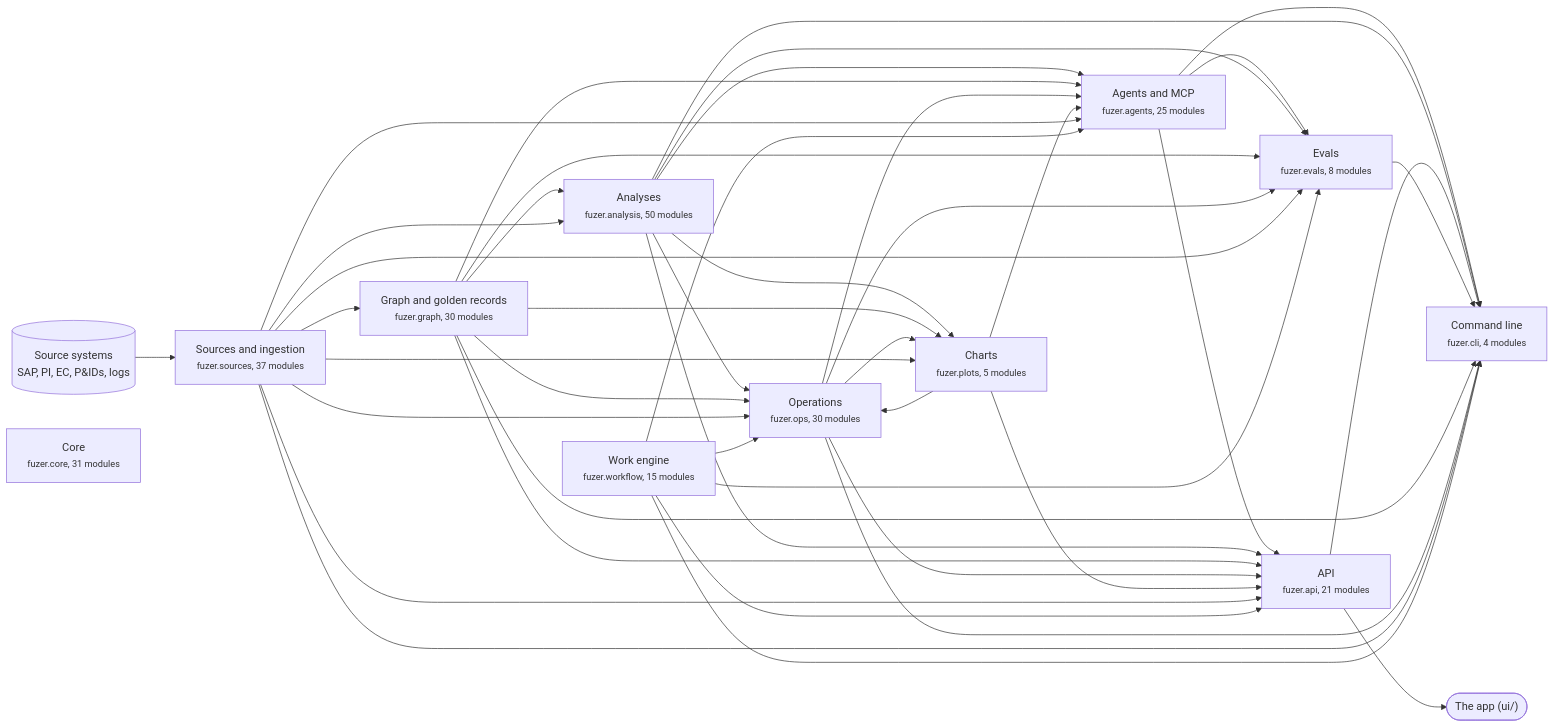
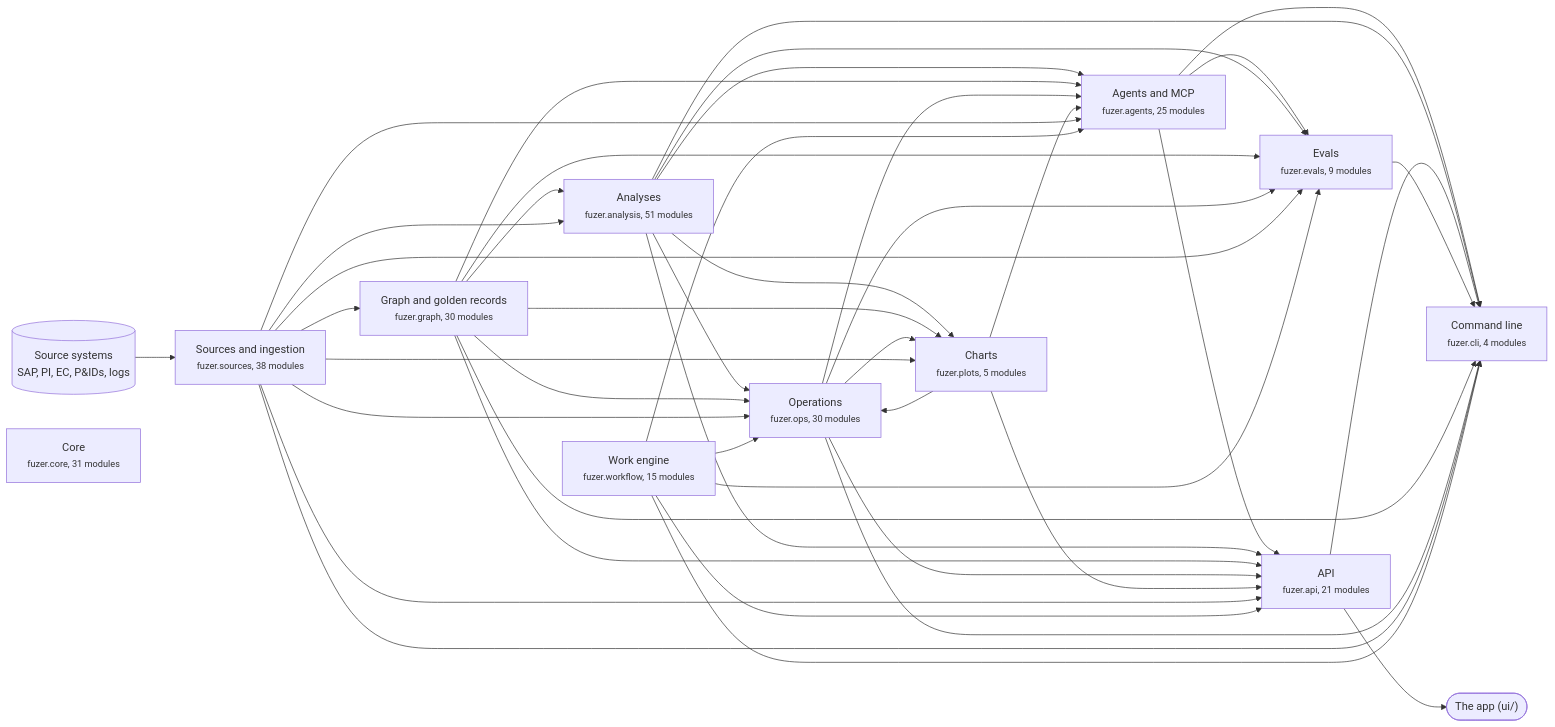
The first of 3 diagrams in docs/architecture.md (areed145/fuzer), drawn with Mermaid before and after one commit. The commit also changed other lines of this file and 97 other files, not shown here.

````diff
--- a/docs/architecture.md
+++ b/docs/architecture.md
@@ -8,67 +8,67 @@
 ```mermaid
 flowchart LR
   systems[("Source systems<br>SAP, PI, EC, P&IDs, logs")] --> c_sources
   app(["The app (ui/)"])
   c_api --> app
-  c_sources["Sources and ingestion<br><small>fuzer.sources, 37 modules</small>"]
+  c_sources["Sources and ingestion<br><small>fuzer.sources, 38 modules</small>"]
   c_graph["Graph and golden records<br><small>fuzer.graph, 30 modules</small>"]
-  c_analysis["Analyses<br><small>fuzer.analysis, 50 modules</small>"]
+  c_analysis["Analyses<br><small>fuzer.analysis, 51 modules</small>"]
   c_ops["Operations<br><small>fuzer.ops, 30 modules</small>"]
   c_plots["Charts<br><small>fuzer.plots, 5 modules</small>"]
   c_workflow["Work engine<br><small>fuzer.workflow, 15 modules</small>"]
   c_agents["Agents and MCP<br><small>fuzer.agents, 25 modules</small>"]
-  c_evals["Evals<br><small>fuzer.evals, 8 modules</small>"]
+  c_evals["Evals<br><small>fuzer.evals, 9 modules</small>"]
   c_api["API<br><small>fuzer.api, 21 modules</small>"]
   c_cli["Command line<br><small>fuzer.cli, 4 modules</small>"]
   c_core["Core<br><small>fuzer.core, 31 modules</small>"]
   c_sources --> c_graph
   c_graph --> c_analysis
   c_sources --> c_analysis
   c_analysis --> c_ops
   c_graph --> c_ops
   c_plots --> c_ops
   c_sources --> c_ops
   c_workflow --> c_ops
   c_analysis --> c_plots
   c_graph --> c_plots
   c_ops --> c_plots
   c_sources --> c_plots
   c_analysis --> c_agents
   c_graph --> c_agents
   c_ops --> c_agents
   c_plots --> c_agents
   c_sources --> c_agents
   c_workflow --> c_agents
   c_agents --> c_evals
   c_analysis --> c_evals
   c_graph --> c_evals
   c_ops --> c_evals
   c_sources --> c_evals
   c_workflow --> c_evals
   c_agents --> c_api
   c_analysis --> c_api
   c_graph --> c_api
   c_ops --> c_api
   c_plots --> c_api
   c_sources --> c_api
   c_workflow --> c_api
   c_agents --> c_cli
   c_analysis --> c_cli
   c_api --> c_cli
   c_evals --> c_cli
   c_graph --> c_cli
   c_ops --> c_cli
   c_sources --> c_cli
   c_workflow --> c_cli
   click c_sources "https://github.com/areed145/fuzer/tree/main/src/fuzer/sources"
   click c_graph "https://github.com/areed145/fuzer/tree/main/src/fuzer/graph"
   click c_analysis "https://github.com/areed145/fuzer/tree/main/src/fuzer/analysis"
   click c_ops "https://github.com/areed145/fuzer/tree/main/src/fuzer/ops"
   click c_plots "https://github.com/areed145/fuzer/tree/main/src/fuzer/plots"
   click c_workflow "https://github.com/areed145/fuzer/tree/main/src/fuzer/workflow"
   click c_agents "https://github.com/areed145/fuzer/tree/main/src/fuzer/agents"
   click c_evals "https://github.com/areed145/fuzer/tree/main/src/fuzer/evals"
   click c_api "https://github.com/areed145/fuzer/tree/main/src/fuzer/api"
   click c_cli "https://github.com/areed145/fuzer/tree/main/src/fuzer/cli"
   click c_core "https://github.com/areed145/fuzer/tree/main/src/fuzer/core"
 ```
````
